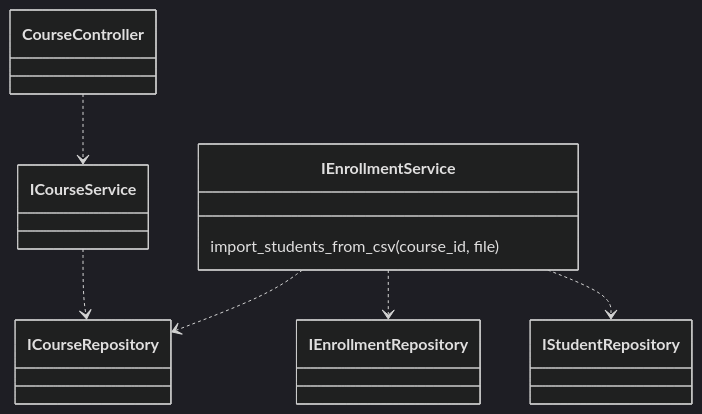
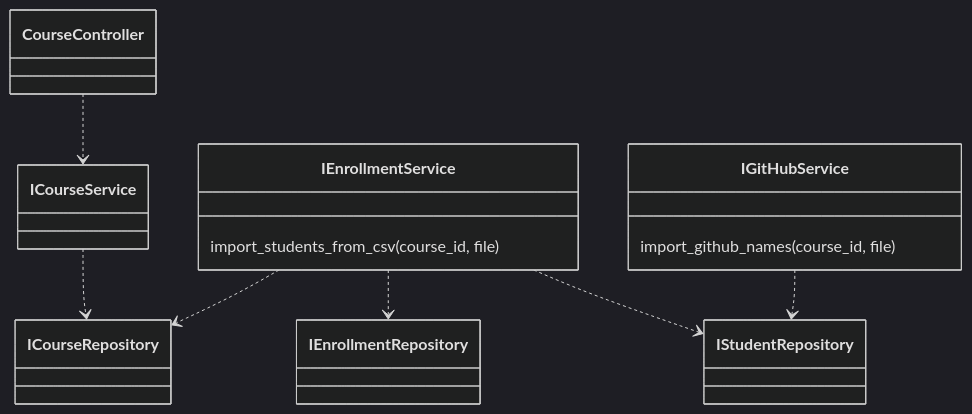
One commit to LeoKle/cs50-moodle-bridge changed the diagram in docs/application.mmd. Above: the diagram before and after it, drawn with Mermaid (dark theme). The commit also changed 3 other files, not shown here.

Commit message:
feat(GitHubService): implement GitHub service for importing GitHub usernames from CSV

```diff
--- a/docs/application.mmd
+++ b/docs/application.mmd
@@ -1,25 +1,30 @@
 classDiagram
     class CourseController
     class ICourseService 
     class ICourseRepository
     CourseController ..> ICourseService
     ICourseService ..> ICourseRepository
 
     
     %% class EnrollmentController
     %% EnrollmentController ..> IEnrollmentService
     class IEnrollmentService {
         import_students_from_csv(course_id, file)
     }
     class IEnrollmentRepository
     IEnrollmentService ..> IEnrollmentRepository
     IEnrollmentService ..> IStudentRepository
     IEnrollmentService ..> ICourseRepository
 
     %% class StudentController
     %% class IStudentService {
     %%     import_github_usernames(file)
     %% }
     %% class IStudentRepository
     %% IStudentService ..> IStudentRepository
     %% StudentController ..> IStudentService
+
+    class IGitHubService {
+        import_github_names(course_id, file)
+    }
+    IGitHubService ..> IStudentRepository
```
